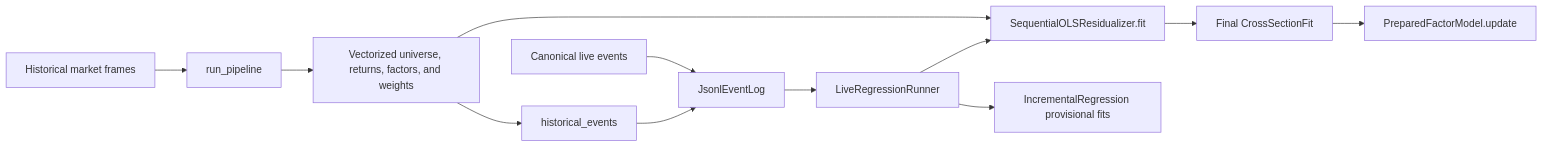
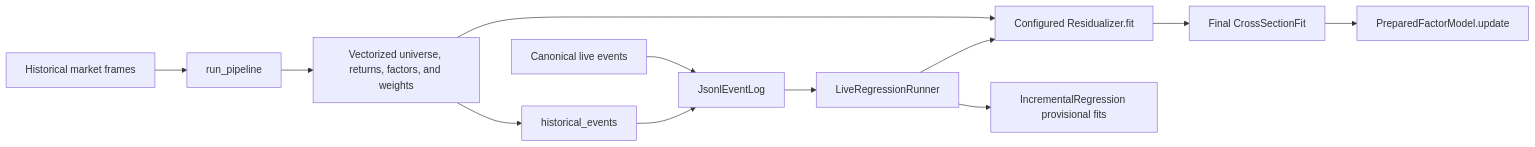
The first of 3 diagrams in site/design.qmd (jylin/resid2), drawn with Mermaid before and after one commit. The commit also changed other lines of this file and 11 other files, not shown here.

````diff
--- a/site/design.qmd
+++ b/site/design.qmd
@@ -17,16 +17,16 @@
 ```{mermaid}
 flowchart LR
     history["Historical market frames"] --> batch["run_pipeline"]
     batch --> vector["Vectorized universe, returns, factors, and weights"]
-    vector --> canonical["SequentialOLSResidualizer.fit"]
+    vector --> canonical["Configured Residualizer.fit"]
 
     feed["Canonical live events"] --> log["JsonlEventLog"]
     log --> live["LiveRegressionRunner"]
     live --> provisional["IncrementalRegression provisional fits"]
     live --> canonical
 
     vector --> bridge["historical_events"]
     bridge --> log
     canonical --> final["Final CrossSectionFit"]
     final --> state["PreparedFactorModel.update"]
 ```
````
